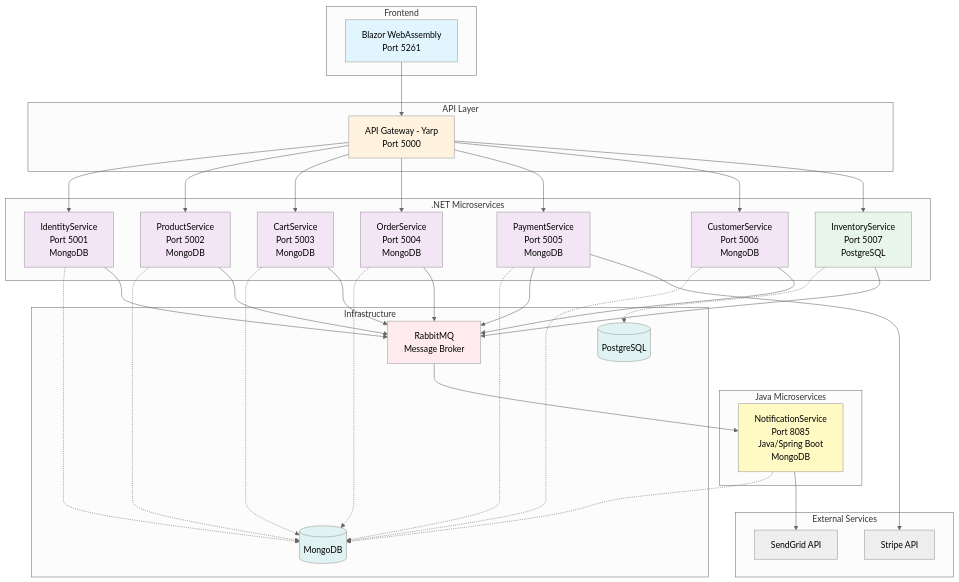
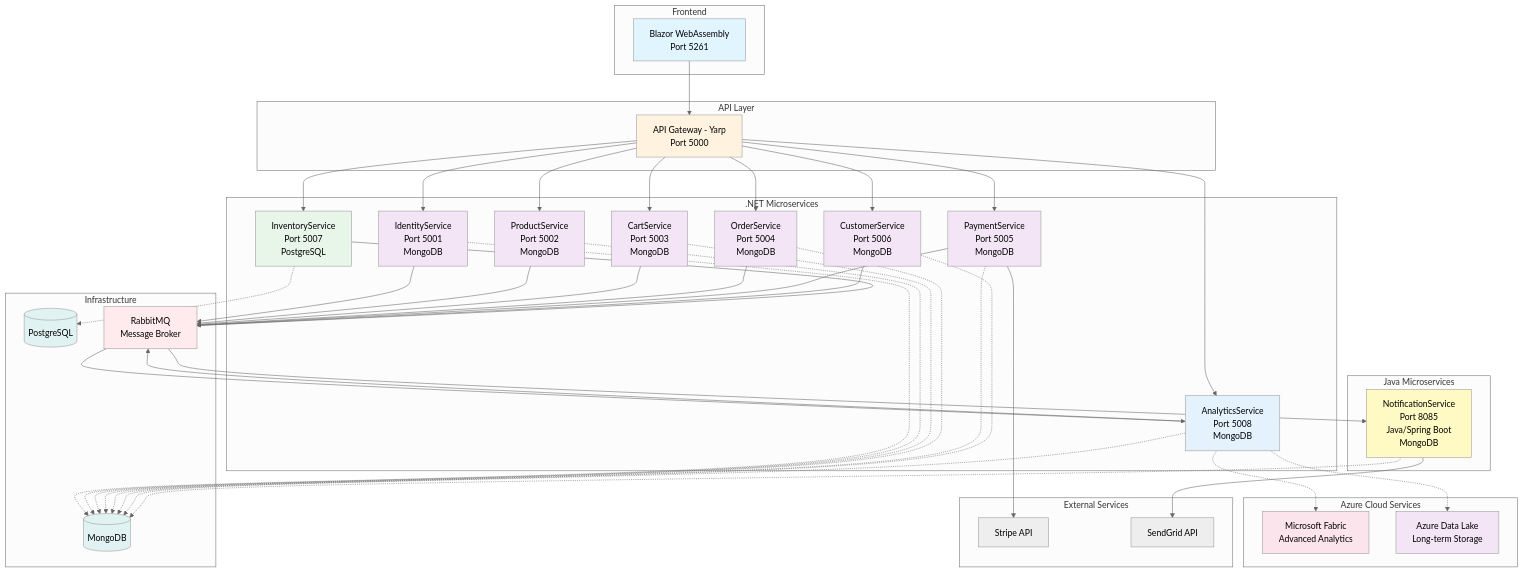
One commit to joriente/microservices changed the first of 19 diagrams in docs/Architecture/Architecture-Diagrams.md. Above: the diagram before and after it, drawn with Mermaid (neutral theme). The commit also changed other lines of this file and 4 other files, not shown here.

````diff
--- a/docs/Architecture/Architecture-Diagrams.md
+++ b/docs/Architecture/Architecture-Diagrams.md
@@ -29,62 +29,74 @@
 ```mermaid
 flowchart TB
     subgraph "Frontend"
         UI[Blazor WebAssembly<br/>Port 5261]
     end
     
     subgraph "API Layer"
         GW[API Gateway - Yarp<br/>Port 5000]
     end
     
     subgraph ".NET Microservices"
         ID[IdentityService<br/>Port 5001<br/>MongoDB]
         PROD[ProductService<br/>Port 5002<br/>MongoDB]
         CART[CartService<br/>Port 5003<br/>MongoDB]
         ORD[OrderService<br/>Port 5004<br/>MongoDB]
         PAY[PaymentService<br/>Port 5005<br/>MongoDB]
         CUST[CustomerService<br/>Port 5006<br/>MongoDB]
         INV[InventoryService<br/>Port 5007<br/>PostgreSQL]
+        ANAL[AnalyticsService<br/>Port 5008<br/>MongoDB]
     end
     
     subgraph "Java Microservices"
         NOT[NotificationService<br/>Port 8085<br/>Java/Spring Boot<br/>MongoDB]
     end
     
     subgraph "Infrastructure"
         MDB[(MongoDB)]
         PG[(PostgreSQL)]
         RMQ[RabbitMQ<br/>Message Broker]
     end
     
+    subgraph "Azure Cloud Services"
+        FABRIC[Microsoft Fabric<br/>Advanced Analytics]
+        DATALAKE[Azure Data Lake<br/>Long-term Storage]
+    end
+    
     subgraph "External Services"
         STRIPE[Stripe API]
         SENDGRID[SendGrid API]
     end
     
     UI --> GW
-    GW --> ID & PROD & CART & ORD & PAY & CUST & INV
+    GW --> ID & PROD & CART & ORD & PAY & CUST & INV & ANAL
     
-    ID & PROD & CART & ORD & PAY & CUST -.-> MDB
+    ID & PROD & CART & ORD & PAY & CUST & ANAL -.-> MDB
     INV -.-> PG
     NOT -.-> MDB
     
-    ID & PROD & CART & ORD & PAY & CUST & INV --> RMQ
-    RMQ --> NOT
+    ID & PROD & CART & ORD & PAY & CUST & INV & ANAL --> RMQ
+    RMQ --> NOT & ANAL
+    
+    ANAL -.-> FABRIC
+    ANAL -.-> DATALAKE
     
     PAY --> STRIPE
     NOT --> SENDGRID
     
     style UI fill:#e1f5ff
     style GW fill:#fff3e0
     style ID fill:#f3e5f5
     style PROD fill:#f3e5f5
     style CART fill:#f3e5f5
     style ORD fill:#f3e5f5
     style PAY fill:#f3e5f5
     style CUST fill:#f3e5f5
     style INV fill:#e8f5e9
+    style ANAL fill:#e3f2fd
     style NOT fill:#fff9c4
     style RMQ fill:#ffebee
     style MDB fill:#e0f2f1
     style PG fill:#e0f2f1
+    style FABRIC fill:#fce4ec
+    style DATALAKE fill:#f3e5f5
 ```
````
